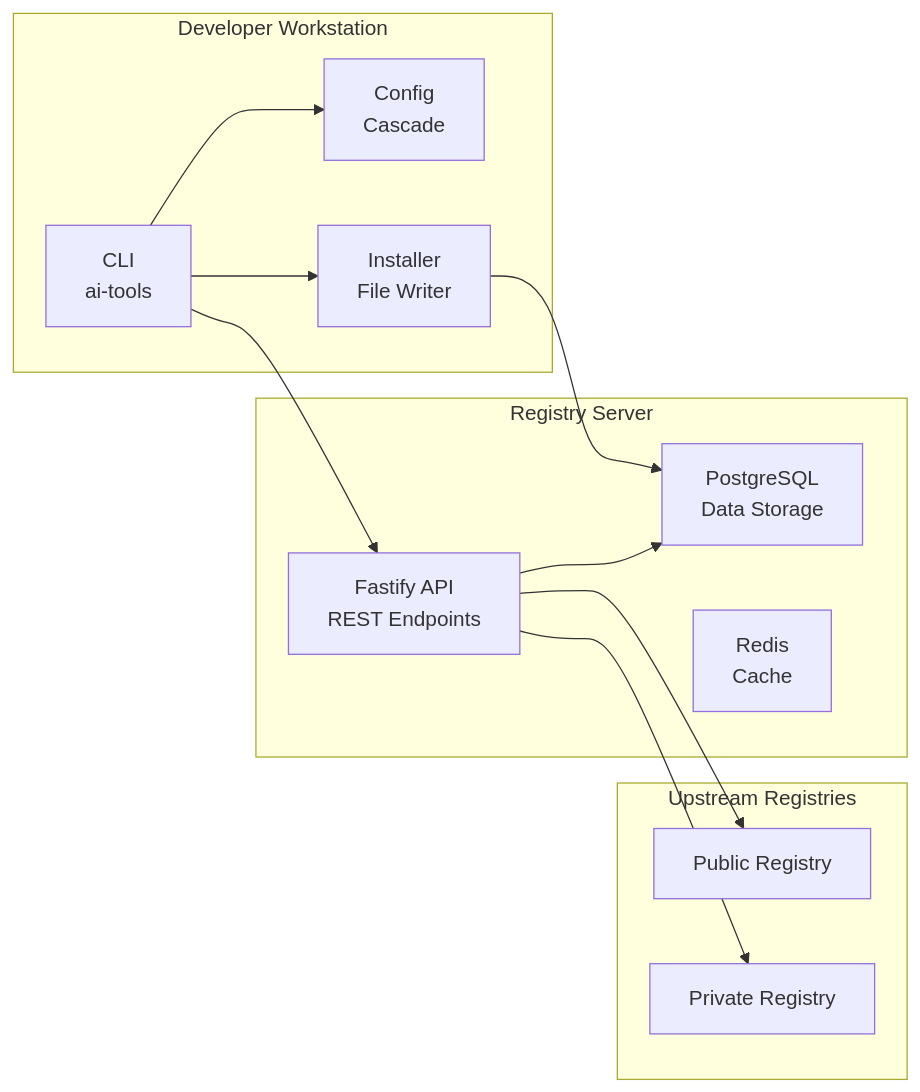
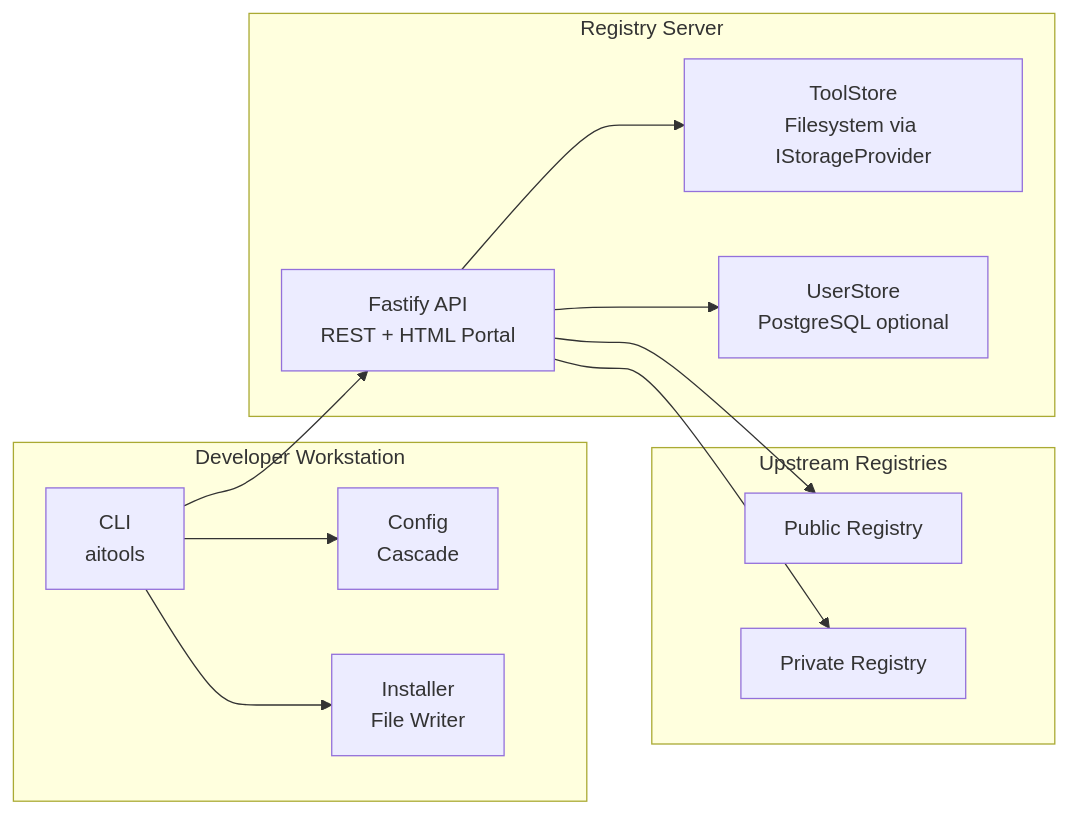
Before and after one commit to bitgenetics/aitools: the diagram in docs/design/executive-summary.md, drawn with Mermaid. The commit also changed other lines of this file and 13 other files, not shown here.

````diff
--- a/docs/design/executive-summary.md
+++ b/docs/design/executive-summary.md
@@ -30,27 +30,27 @@
 ```mermaid
 graph LR
     subgraph Developer Workstation
-        A[CLI<br/>ai-tools]
+        A[CLI<br/>aitools]
         B[Config<br/>Cascade]
         C[Installer<br/>File Writer]
     end
     
     subgraph Registry Server
-        D[Fastify API<br/>REST Endpoints]
-        E[PostgreSQL<br/>Data Storage]
-        F[Redis<br/>Cache]
+        D[Fastify API<br/>REST + HTML Portal]
+        E[ToolStore<br/>Filesystem via IStorageProvider]
+        F[UserStore<br/>PostgreSQL optional]
     end
     
     subgraph Upstream Registries
         G[Public Registry]
         H[Private Registry]
     end
     
     A --> B
     A --> C
     A --> D
-    C --> E
     D --> E
+    D --> F
     D --> G
     D --> H
 ```
````
